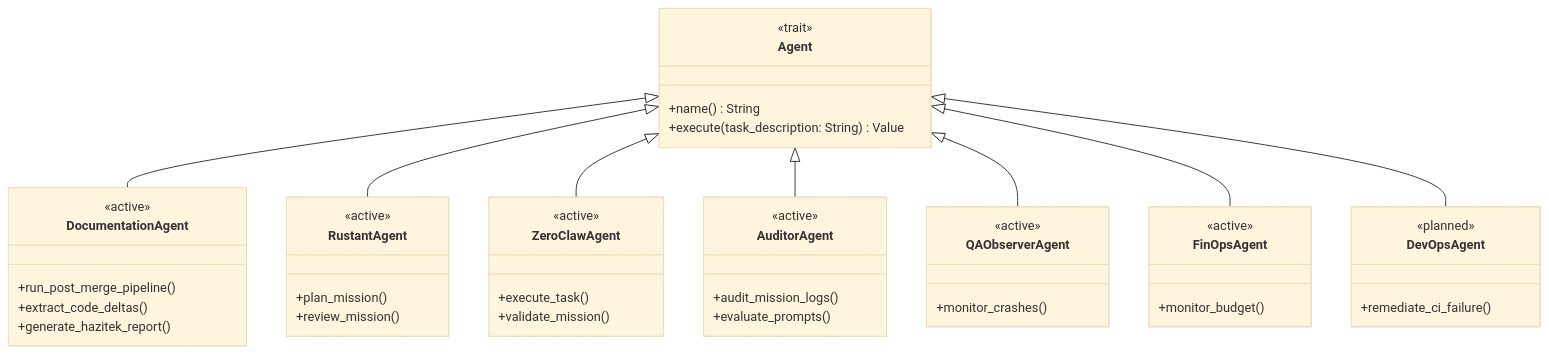
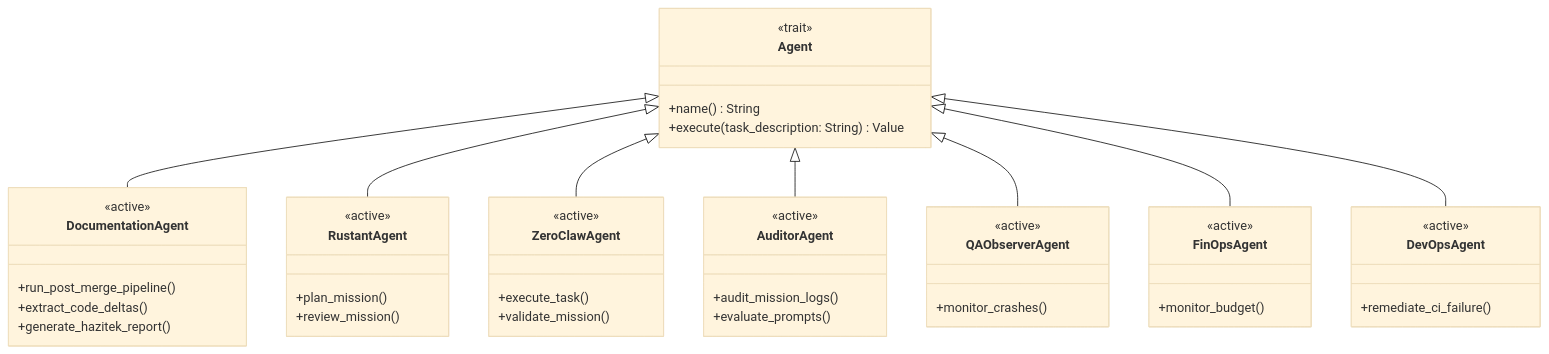
The third of 4 diagrams in wiki/AGENT-SPECIFICATIONS.md (lgcorzo/rust_CACD_autonomous_factory), drawn with Mermaid (base theme) before and after one commit. The commit also changed other lines of this file and 5 other files, not shown here.

````diff
--- a/wiki/AGENT-SPECIFICATIONS.md
+++ b/wiki/AGENT-SPECIFICATIONS.md
@@ -179,49 +179,49 @@
 ```mermaid
 classDiagram
     class Agent {
         <<trait>>
         +name() String
         +execute(task_description: String) Value
     }
     class DocumentationAgent {
         <<active>>
         +run_post_merge_pipeline()
         +extract_code_deltas()
         +generate_hazitek_report()
     }
     class RustantAgent {
         <<active>>
         +plan_mission()
         +review_mission()
     }
     class ZeroClawAgent {
         <<active>>
         +execute_task()
         +validate_mission()
     }
     class AuditorAgent {
         <<active>>
         +audit_mission_logs()
         +evaluate_prompts()
     }
     class QAObserverAgent {
         <<active>>
         +monitor_crashes()
     }
     class FinOpsAgent {
         <<active>>
         +monitor_budget()
     }
     class DevOpsAgent {
-        <<planned>>
+        <<active>>
         +remediate_ci_failure()
     }
     
     Agent <|-- DocumentationAgent
     Agent <|-- RustantAgent
     Agent <|-- ZeroClawAgent
     Agent <|-- AuditorAgent
     Agent <|-- QAObserverAgent
     Agent <|-- FinOpsAgent
     Agent <|-- DevOpsAgent
 ```
````
